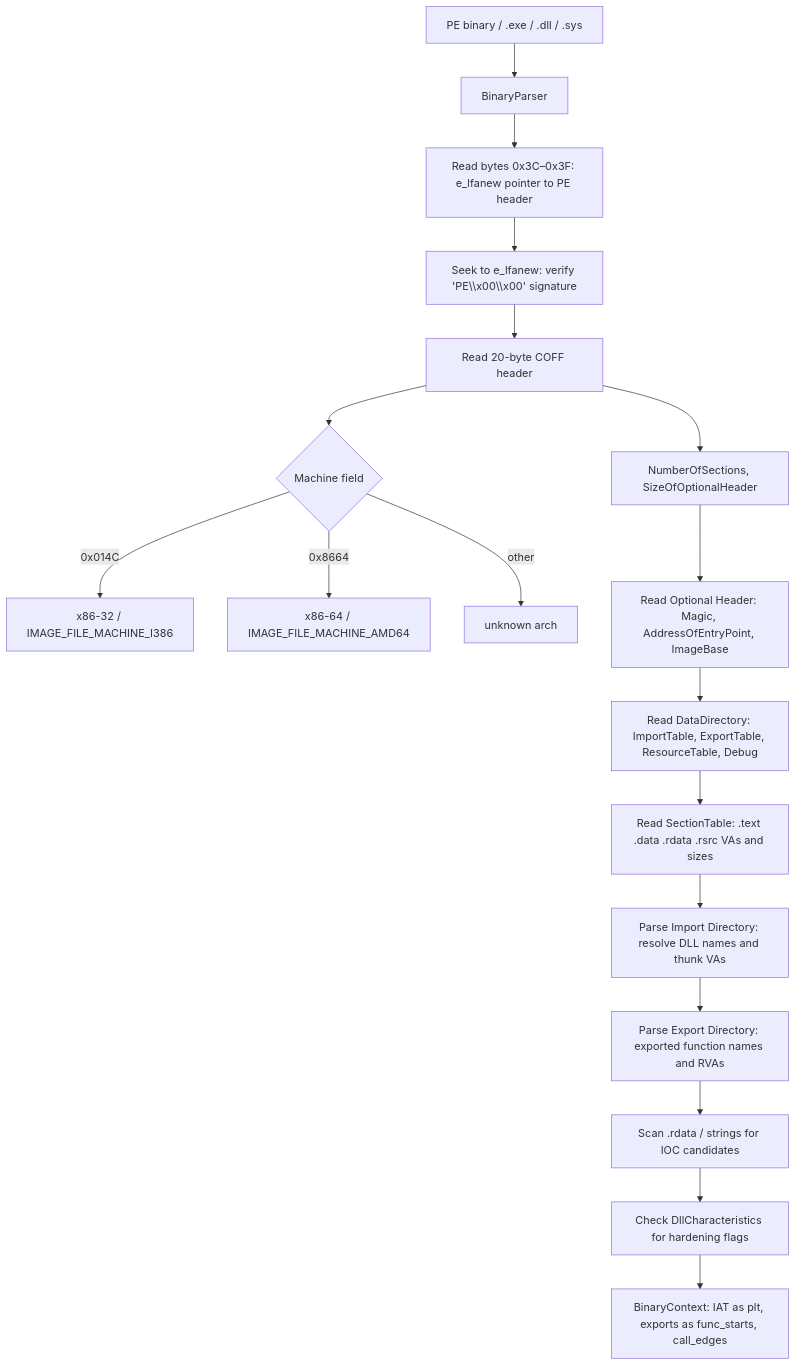
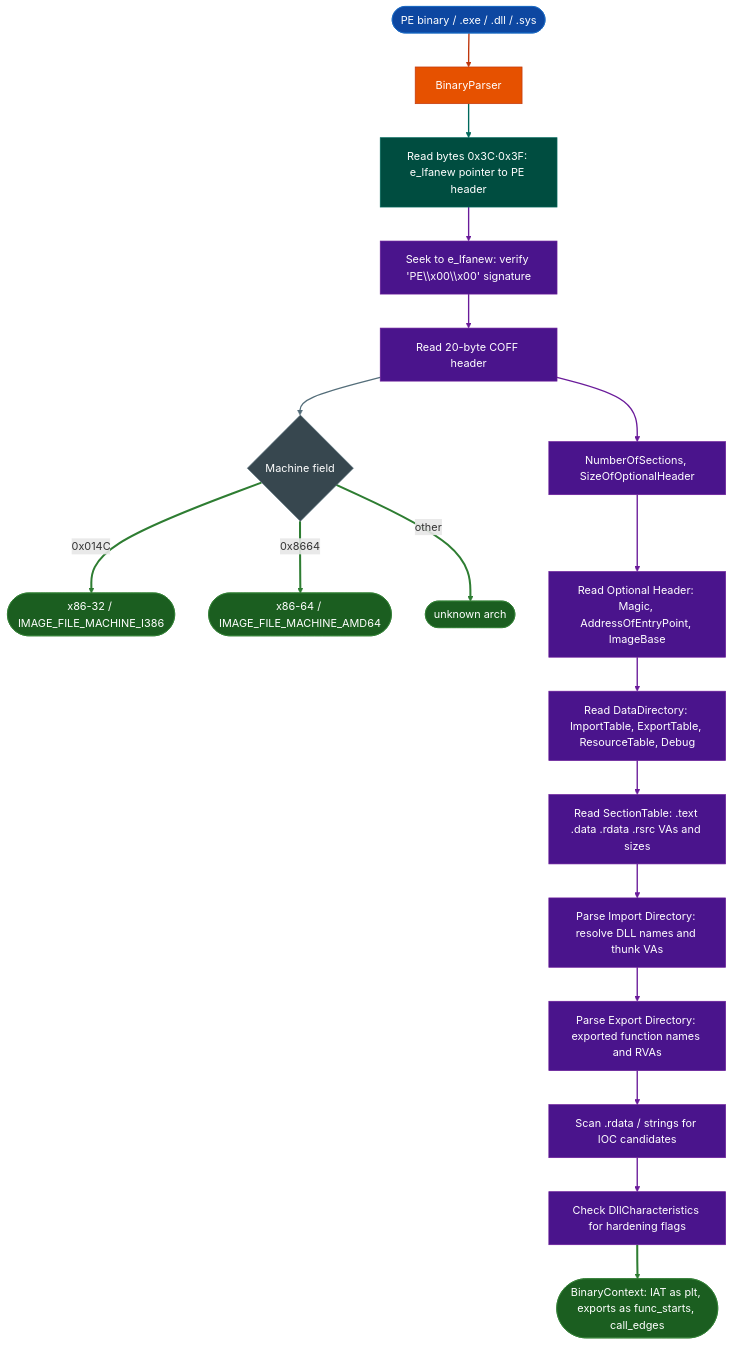
The diagram in docs/reference-modules/pe-internals-and-indicators.md (Ablation-Tool/ablation), drawn with Mermaid before and after one commit. The commit also changed 320 other files, not shown here.

First line of the commit message:
docs: apply canonical Mermaid template to all 321 diagrams

````diff
--- a/docs/reference-modules/pe-internals-and-indicators.md
+++ b/docs/reference-modules/pe-internals-and-indicators.md
@@ -21,20 +21,43 @@
 ```mermaid
 flowchart TD
-    A[PE binary / .exe / .dll / .sys] --> B[BinaryParser]
-    B --> C[Read bytes 0x3C–0x3F: e_lfanew pointer to PE header]
-    C --> D[Seek to e_lfanew: verify 'PE\\x00\\x00' signature]
-    D --> E[Read 20-byte COFF header]
-    E --> F{Machine field}
-    F -->|0x014C| G[x86-32 / IMAGE_FILE_MACHINE_I386]
-    F -->|0x8664| H[x86-64 / IMAGE_FILE_MACHINE_AMD64]
-    F -->|other| I[unknown arch]
-    E --> J[NumberOfSections, SizeOfOptionalHeader]
-    J --> K[Read Optional Header: Magic, AddressOfEntryPoint, ImageBase]
-    K --> L[Read DataDirectory: ImportTable, ExportTable, ResourceTable, Debug]
-    L --> M[Read SectionTable: .text .data .rdata .rsrc VAs and sizes]
-    M --> N[Parse Import Directory: resolve DLL names and thunk VAs]
-    N --> O[Parse Export Directory: exported function names and RVAs]
-    O --> P[Scan .rdata / strings for IOC candidates]
-    P --> Q[Check DllCharacteristics for hardening flags]
-    Q --> R[BinaryContext: IAT as plt, exports as func_starts, call_edges]
+    A(["PE binary / .exe / .dll / .sys"]):::input --> B["BinaryParser"]:::primary
+    B:::primary --> C["Read bytes 0x3C·0x3F: e_lfanew pointer to PE header"]:::secondary
+    C:::secondary --> D["Seek to e_lfanew: verify 'PE\\x00\\x00' signature"]:::tertiary
+    D:::tertiary --> E["Read 20-byte COFF header"]:::tertiary
+    E:::tertiary --> F{"Machine field"}:::neutral
+    F:::neutral -->|0x014C| G(["x86-32 / IMAGE_FILE_MACHINE_I386"]):::output
+    F:::neutral -->|0x8664| H(["x86-64 / IMAGE_FILE_MACHINE_AMD64"]):::output
+    F:::neutral -->|other| I(["unknown arch"]):::output
+    E:::tertiary --> J["NumberOfSections, SizeOfOptionalHeader"]:::tertiary
+    J:::tertiary --> K["Read Optional Header: Magic, AddressOfEntryPoint, ImageBase"]:::tertiary
+    K:::tertiary --> L["Read DataDirectory: ImportTable, ExportTable, ResourceTable, Debug"]:::tertiary
+    L:::tertiary --> M["Read SectionTable: .text .data .rdata .rsrc VAs and sizes"]:::tertiary
+    M:::tertiary --> N["Parse Import Directory: resolve DLL names and thunk VAs"]:::tertiary
+    N:::tertiary --> O["Parse Export Directory: exported function names and RVAs"]:::tertiary
+    O:::tertiary --> P["Scan .rdata / strings for IOC candidates"]:::tertiary
+    P:::tertiary --> Q["Check DllCharacteristics for hardening flags"]:::tertiary
+    Q:::tertiary --> R(["BinaryContext: IAT as plt, exports as func_starts, call_edges"]):::output
+    classDef input     fill:#0d47a1,stroke:#1565c0,color:#fff
+    classDef primary   fill:#e65100,stroke:#bf360c,color:#fff
+    classDef secondary fill:#004d40,stroke:#00695c,color:#fff
+    classDef tertiary  fill:#4a148c,stroke:#6a1b9a,color:#fff
+    classDef neutral   fill:#37474f,stroke:#546e7a,color:#fff
+    classDef output    fill:#1b5e20,stroke:#2e7d32,color:#fff
+    linkStyle 0 stroke:#bf360c,stroke-width:2px
+    linkStyle 1 stroke:#00695c,stroke-width:2px
+    linkStyle 2 stroke:#6a1b9a,stroke-width:2px
+    linkStyle 3 stroke:#6a1b9a,stroke-width:2px
+    linkStyle 4 stroke:#546e7a,stroke-width:2px
+    linkStyle 5 stroke:#2e7d32,stroke-width:3px
+    linkStyle 6 stroke:#2e7d32,stroke-width:3px
+    linkStyle 7 stroke:#2e7d32,stroke-width:3px
+    linkStyle 8 stroke:#6a1b9a,stroke-width:2px
+    linkStyle 9 stroke:#6a1b9a,stroke-width:2px
+    linkStyle 10 stroke:#6a1b9a,stroke-width:2px
+    linkStyle 11 stroke:#6a1b9a,stroke-width:2px
+    linkStyle 12 stroke:#6a1b9a,stroke-width:2px
+    linkStyle 13 stroke:#6a1b9a,stroke-width:2px
+    linkStyle 14 stroke:#6a1b9a,stroke-width:2px
+    linkStyle 15 stroke:#6a1b9a,stroke-width:2px
+    linkStyle 16 stroke:#2e7d32,stroke-width:3px
 ```
````
